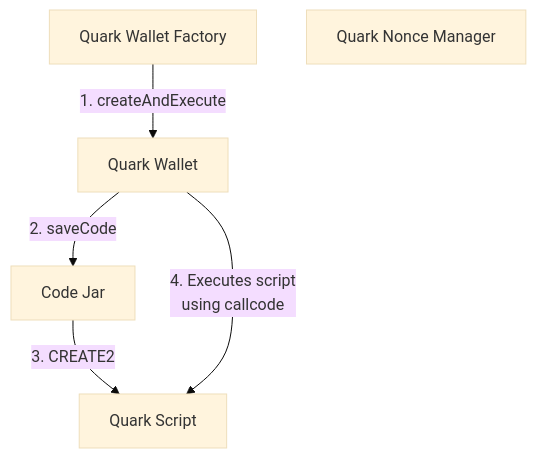
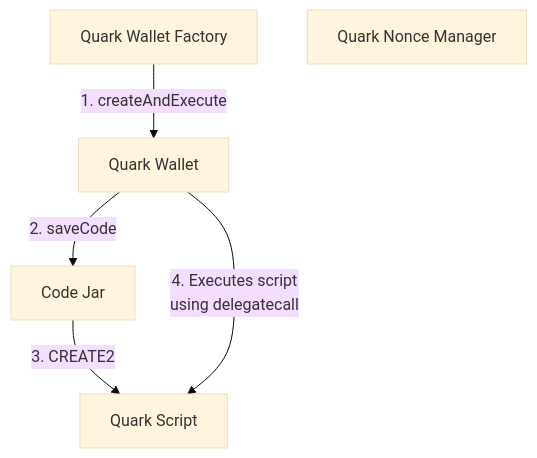
Before and after one commit to compound-finance/quark: the diagram in README.md, drawn with Mermaid (base theme). The commit also changed other lines of this file and 11 other files, not shown here.

First line of the commit message:
Switch from `callcode` to `delegatecall` (#222)

````diff
--- a/README.md
+++ b/README.md
@@ -41,13 +41,13 @@
 ```mermaid
 flowchart TB
     factory[Quark Wallet Factory]
     wallet[Quark Wallet]
     jar[Code Jar]
     script[Quark Script]
     state[Quark Nonce Manager]
 
     factory -- 1. createAndExecute --> wallet
     wallet -- 2. saveCode --> jar
     jar -- 3. CREATE2  --> script
-    wallet -- 4. Executes script\nusing callcode --> script
+    wallet -- 4. Executes script\nusing delegatecall --> script
 ```
````
